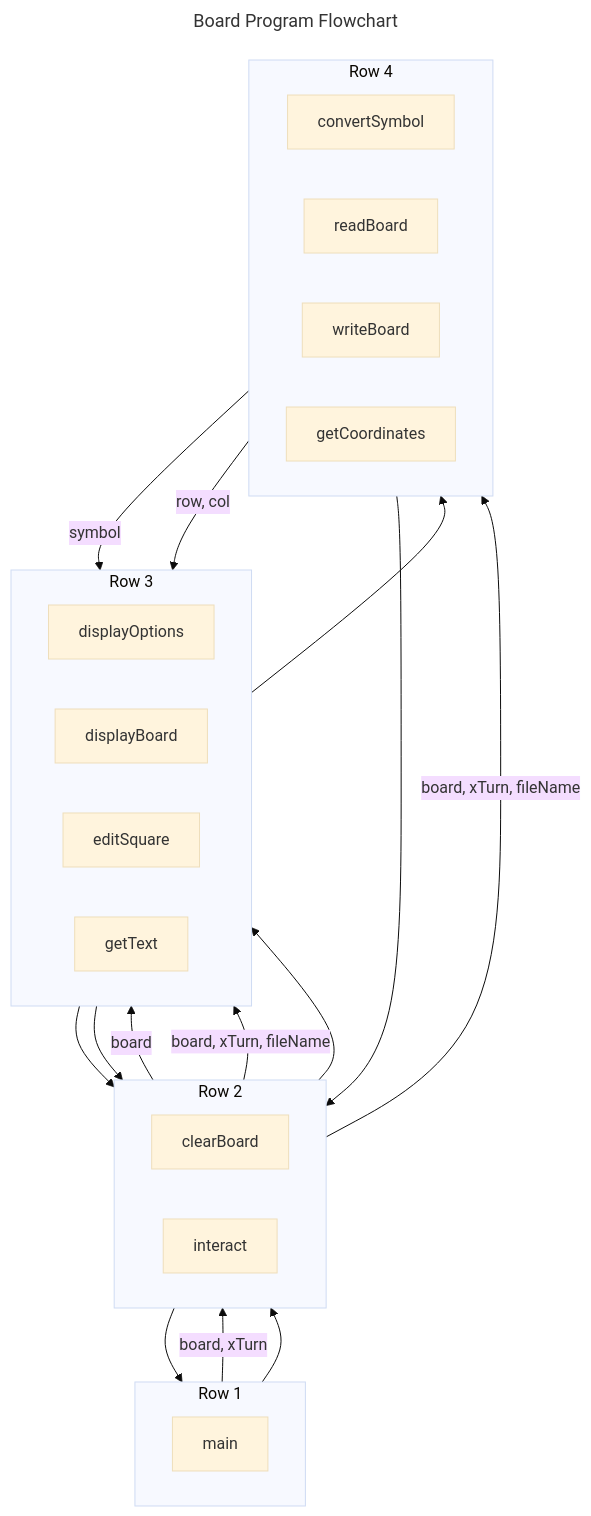
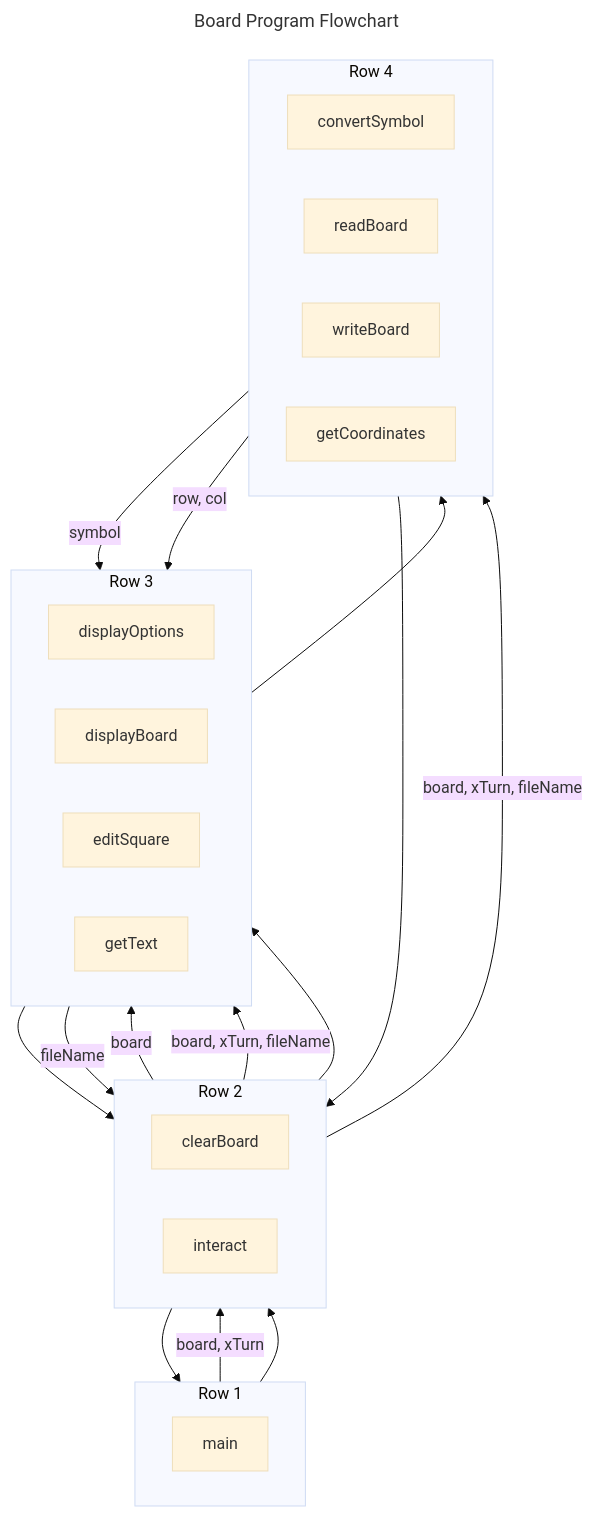
The diagram in cpp/Unit-1/Chapter-1.0/1.0-Design-Documents.ai.md (ehrrsn7/object-oriented-programming), drawn with Mermaid (base theme) before and after one commit.

Commit message:
🤖 AI C21911i11:11 AM: ${AMi8e38AMge} | ${7AM11:11 AMe}

```diff
--- a/cpp/Unit-1/Chapter-1.0/1.0-Design-Documents.ai.md
+++ b/cpp/Unit-1/Chapter-1.0/1.0-Design-Documents.ai.md
@@ -196,54 +196,55 @@
 :::mermaid
 ---
 title: Board Program Flowchart
 layout: hierarchical
 flowchart:
    htmlLabels: false
 ---
 flowchart TB
    subgraph subGraph1["Row 1"]
       direction LR
 
       main["main"]
    end
 
    subgraph subGraph2["Row 2"]
       direction RL
 
       clearBoard["clearBoard"]
       interact["interact"]
    end
 
    subgraph subGraph3["Row 3"]
       direction LR
 
       displayOptions["displayOptions"]
       displayBoard["displayBoard"]
       editSquare["editSquare"]
       getText["getText"]
    end
 
    subgraph subGraph4["Row 4"]
       direction LR
 
       convertSymbol["convertSymbol"]
       readBoard["readBoard"]
       writeBoard["writeBoard"]
       getCoordinates["getCoordinates"]
    end
 
    main -->|board, xTurn| interact
 
+   clearBoard --> main
+   
    displayOptions --> interact
    interact -->|board| displayBoard
    readBoard --> interact
    interact -->|board, xTurn, fileName| writeBoard
    interact -->|board, xTurn, fileName| editSquare
-   getText --> interact
-   clearBoard --> main
+   getText -->|fileName| interact
 
    convertSymbol -->|symbol| displayBoard
    getCoordinates -->|row, col| editSquare
 
    subGraph1 --> subGraph2 --> subGraph3 --> subGraph4
 :::
```
